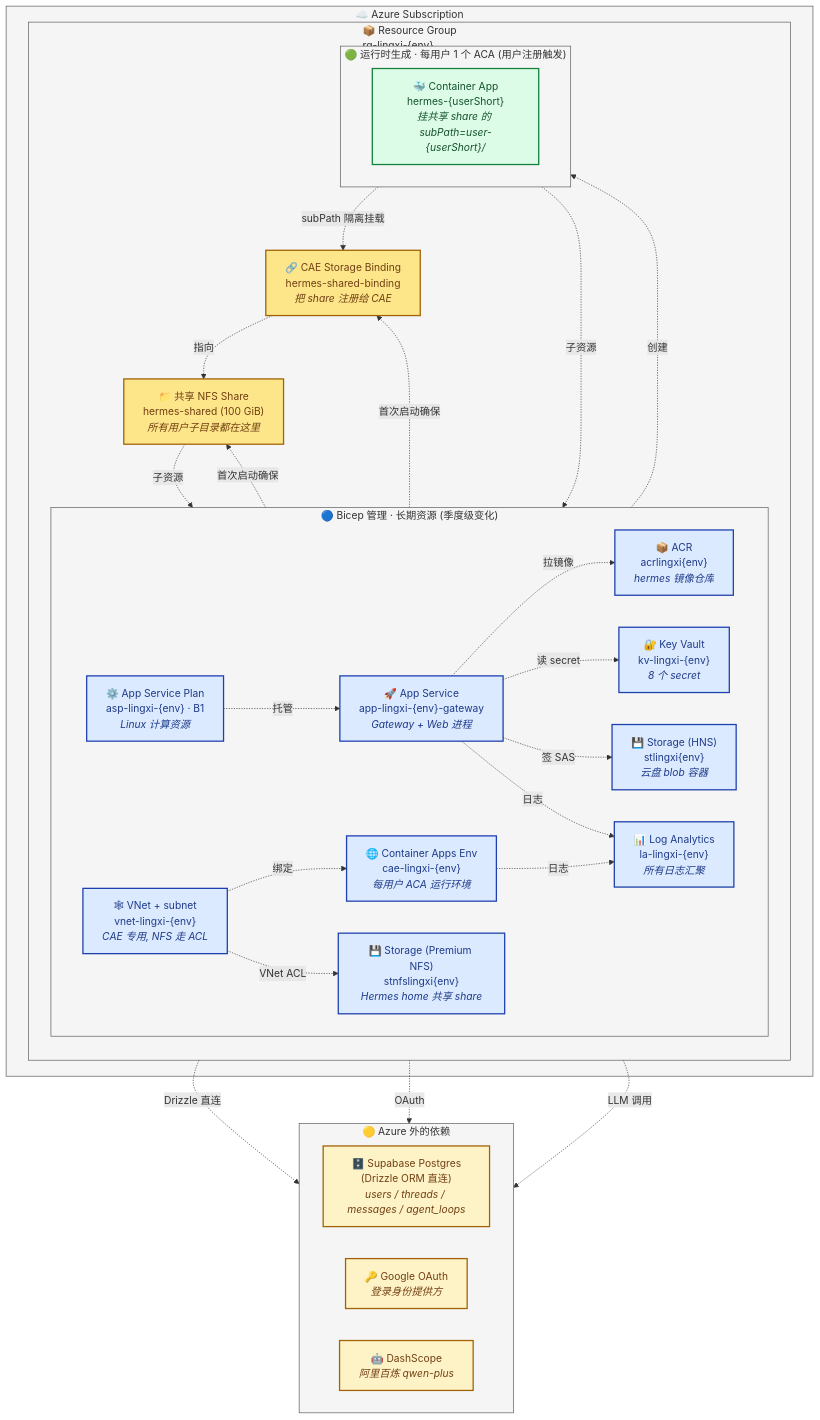
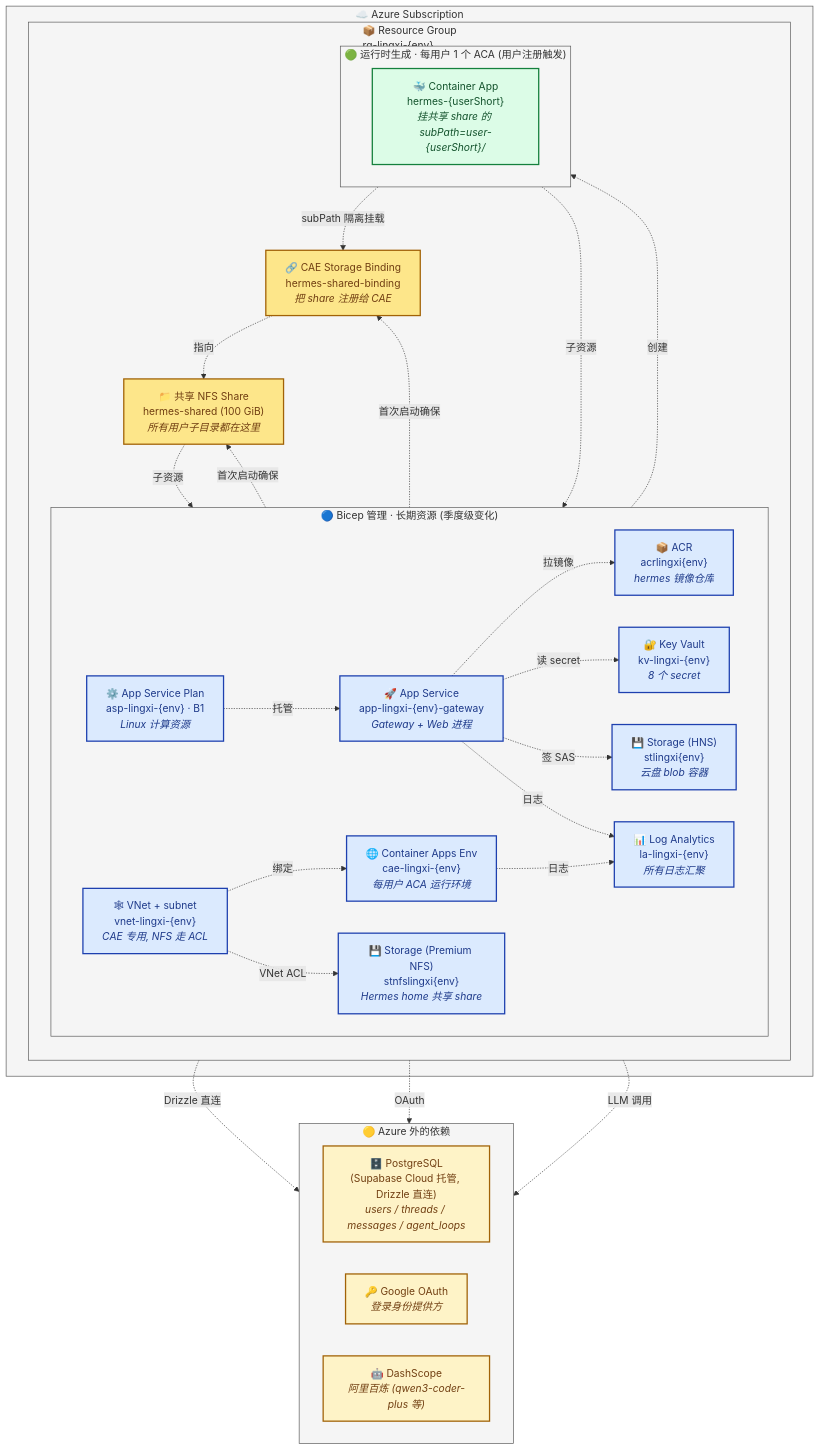
Before and after one commit to jiayiyan-AI/laifu: the diagram in docs/deployment.md, drawn with Mermaid. The commit also changed other lines of this file and 27 other files, not shown here.

````diff
--- a/docs/deployment.md
+++ b/docs/deployment.md
@@ -141,68 +187,68 @@
 ```mermaid
 flowchart TB
     subgraph SUB["☁️ Azure Subscription"]
         subgraph RG["📦 Resource Group<br/>rg-lingxi-{env}"]
             direction TB
 
             subgraph IaC["🔵 Bicep 管理 · 长期资源 (季度级变化)"]
                 direction LR
                 LA["📊 Log Analytics<br/>la-lingxi-{env}<br/><i>所有日志汇聚</i>"]
                 KV["🔐 Key Vault<br/>kv-lingxi-{env}<br/><i>8 个 secret</i>"]
                 ACR["📦 ACR<br/>acrlingxi{env}<br/><i>hermes 镜像仓库</i>"]
                 SA_BLOB["💾 Storage (HNS)<br/>stlingxi{env}<br/><i>云盘 blob 容器</i>"]
                 SA_NFS["💾 Storage (Premium NFS)<br/>stnfslingxi{env}<br/><i>Hermes home 共享 share</i>"]
                 VNET["🕸 VNet + subnet<br/>vnet-lingxi-{env}<br/><i>CAE 专用, NFS 走 ACL</i>"]
                 CAE["🌐 Container Apps Env<br/>cae-lingxi-{env}<br/><i>每用户 ACA 运行环境</i>"]
                 ASP["⚙️ App Service Plan<br/>asp-lingxi-{env} · B1<br/><i>Linux 计算资源</i>"]
                 APP["🚀 App Service<br/>app-lingxi-{env}-gateway<br/><i>Gateway + Web 进程</i>"]
                 ASP -.托管.-> APP
                 VNET -.绑定.-> CAE
                 VNET -.VNet ACL.-> SA_NFS
             end
 
             subgraph Runtime["🟢 运行时生成 · 每用户 1 个 ACA (用户注册触发)"]
                 direction LR
                 ACA["🐳 Container App<br/>hermes-{userShort}<br/><i>挂共享 share 的 subPath=user-{userShort}/</i>"]
             end
 
             SHARED["📁 共享 NFS Share<br/>hermes-shared (100 GiB)<br/><i>所有用户子目录都在这里</i>"]
             BIND["🔗 CAE Storage Binding<br/>hermes-shared-binding<br/><i>把 share 注册给 CAE</i>"]
             SHARED -.子资源.-> SA_NFS
             BIND -.指向.-> SHARED
             ACA -.subPath 隔离挂载.-> BIND
 
             APP -.创建.-> ACA
             APP -.首次启动确保.-> SHARED
             APP -.首次启动确保.-> BIND
             APP -.拉镜像.-> ACR
             APP -.读 secret.-> KV
             APP -.签 SAS.-> SA_BLOB
             ACA -.子资源.-> CAE
             CAE -.日志.-> LA
             APP -.日志.-> LA
         end
     end
 
     subgraph External["🟡 Azure 外的依赖"]
         direction LR
-        SUPA["🗄️ Supabase Postgres<br/>(Drizzle ORM 直连)<br/><i>users / threads / messages / agent_loops</i>"]
+        SUPA["🗄️ PostgreSQL<br/>(Supabase Cloud 托管, Drizzle 直连)<br/><i>users / threads / messages / agent_loops</i>"]
         GOOG["🔑 Google OAuth<br/><i>登录身份提供方</i>"]
-        DASH["🤖 DashScope<br/><i>阿里百炼 qwen-plus</i>"]
+        DASH["🤖 DashScope<br/><i>阿里百炼 (qwen3-coder-plus 等)</i>"]
     end
 
     APP -.Drizzle 直连.-> SUPA
     APP -.OAuth.-> GOOG
     ACA -.LLM 调用.-> DASH
 
     classDef bicep fill:#dbeafe,stroke:#1e40af,stroke-width:2px,color:#1e3a8a
     classDef runtime fill:#dcfce7,stroke:#15803d,stroke-width:2px,color:#14532d
     classDef shared fill:#fde68a,stroke:#a16207,stroke-width:2px,color:#713f12
     classDef external fill:#fef3c7,stroke:#a16207,stroke-width:2px,color:#713f12
     classDef boundary fill:#f5f5f5,stroke:#525252,stroke-width:1px
 
     class LA,KV,ACR,SA_BLOB,SA_NFS,VNET,CAE,ASP,APP bicep
     class ACA runtime
     class SHARED,BIND shared
     class SUPA,GOOG,DASH external
     class IaC,Runtime,External,RG,SUB boundary
 ```
````
